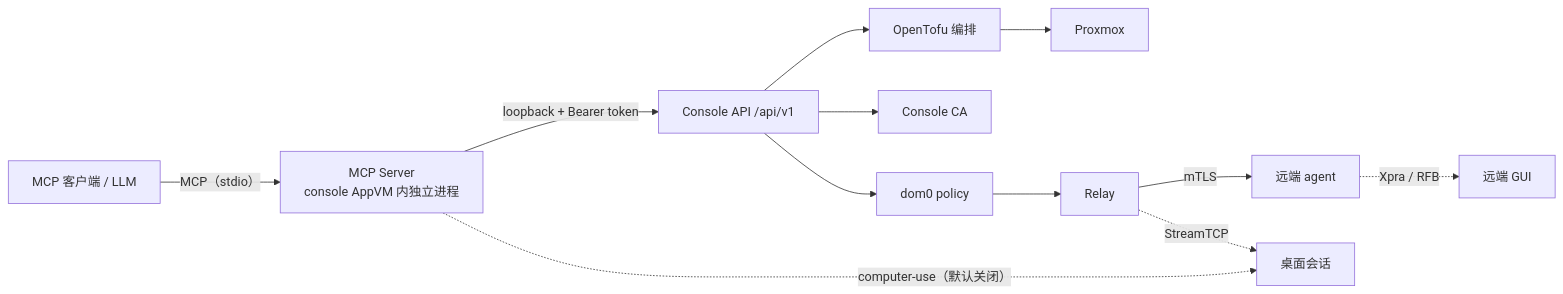
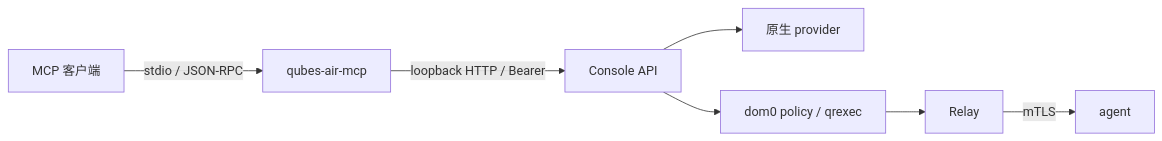
Before and after one commit to slchris/qubes-air: the diagram in docs/mcp-design.md, drawn with Mermaid. The commit also changed other lines of this file and 28 other files, not shown here.

````diff
--- a/docs/mcp-design.md
+++ b/docs/mcp-design.md
@@ -15,14 +8,9 @@
 ```mermaid
 flowchart LR
-  Client["MCP 客户端 / LLM"] -->|"MCP（stdio）"| MCP["MCP Server<br/>console AppVM 内独立进程"]
-  MCP -->|"loopback + Bearer token"| API["Console API /api/v1"]
-  API --> Tofu["OpenTofu 编排"]
-  API --> PKI["Console CA"]
-  API --> Dom0["dom0 policy"]
-  Dom0 --> Relay["Relay"]
-  Relay -->|mTLS| Agent["远端 agent"]
-  Tofu --> Proxmox["Proxmox"]
-  MCP -.->|"computer-use（默认关闭）"| Desktop["桌面会话"]
-  Relay -.->|StreamTCP| Desktop
-  Agent -.->|"Xpra / RFB"| GUI["远端 GUI"]
+  Client["MCP 客户端"] -->|"stdio / JSON-RPC"| MCP["qubes-air-mcp"]
+  MCP -->|"loopback HTTP / Bearer"| API["Console API"]
+  API --> Provider["原生 provider"]
+  API --> Policy["dom0 policy / qrexec"]
+  Policy --> Relay["Relay"]
+  Relay -->|"mTLS"| Agent["agent"]
 ```
````
